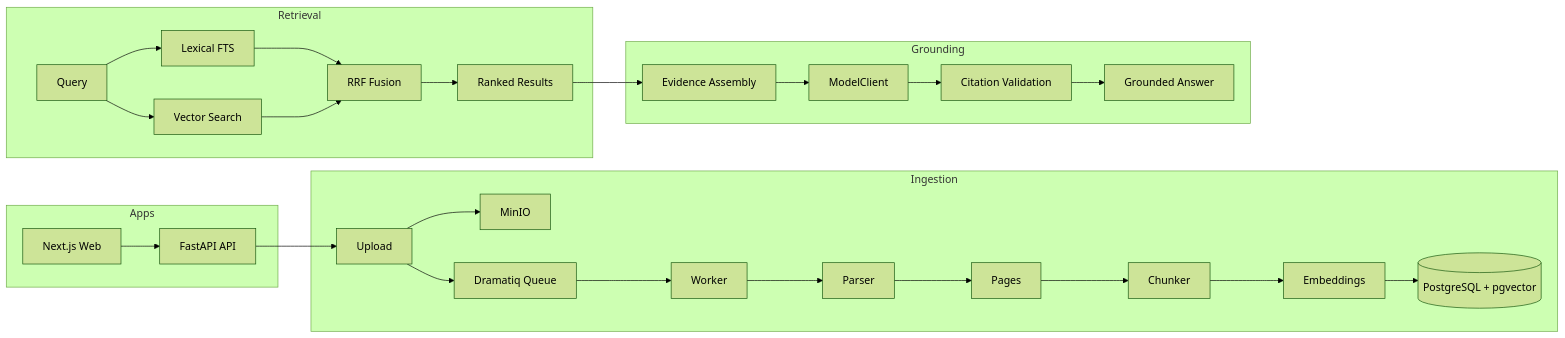
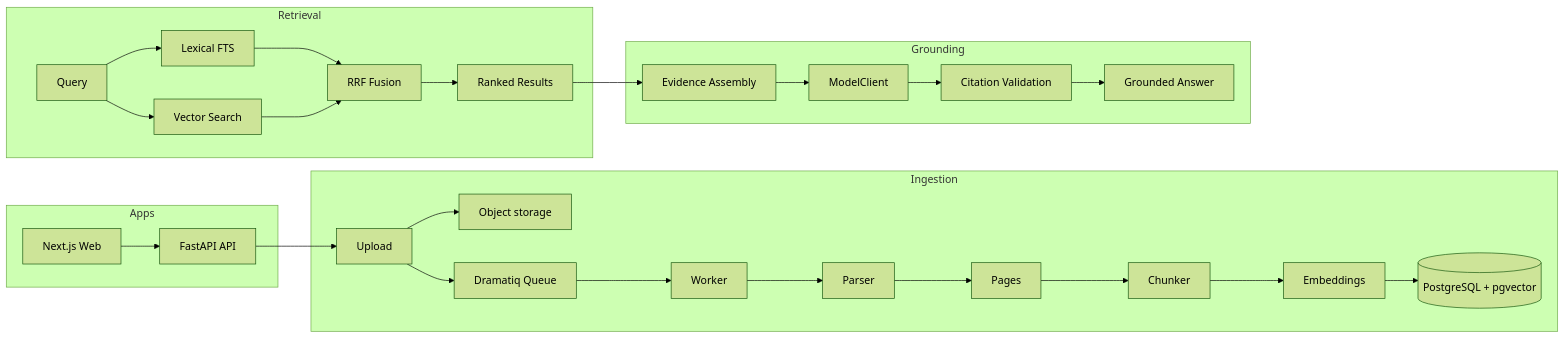
One commit to vidithsalla/trace changed the diagram in README.md. Above: the diagram before and after it, drawn with Mermaid (forest theme). The commit also changed other lines of this file and 57 other files, not shown here.

````diff
--- a/README.md
+++ b/README.md
@@ -49,33 +49,33 @@
 ```mermaid
 flowchart LR
     subgraph Apps
         W[Next.js Web] --> A[FastAPI API]
     end
 
     subgraph Ingestion
         A --> U[Upload]
-        U --> M[MinIO]
+        U --> M[Object storage]
         U --> Q[Dramatiq Queue]
         Q --> WK[Worker]
         WK --> P[Parser]
         P --> PG[Pages]
         PG --> C[Chunker]
         C --> E[Embeddings]
         E --> V[(PostgreSQL + pgvector)]
     end
 
     subgraph Retrieval
         S[Query] --> F[Lexical FTS]
         S --> VS[Vector Search]
         F --> RRF[RRF Fusion]
         VS --> RRF
         RRF --> RR[Ranked Results]
     end
 
     subgraph Grounding
         RR --> EA[Evidence Assembly]
         EA --> MC[ModelClient]
         MC --> CV[Citation Validation]
         CV --> GA[Grounded Answer]
     end
 ```
````
